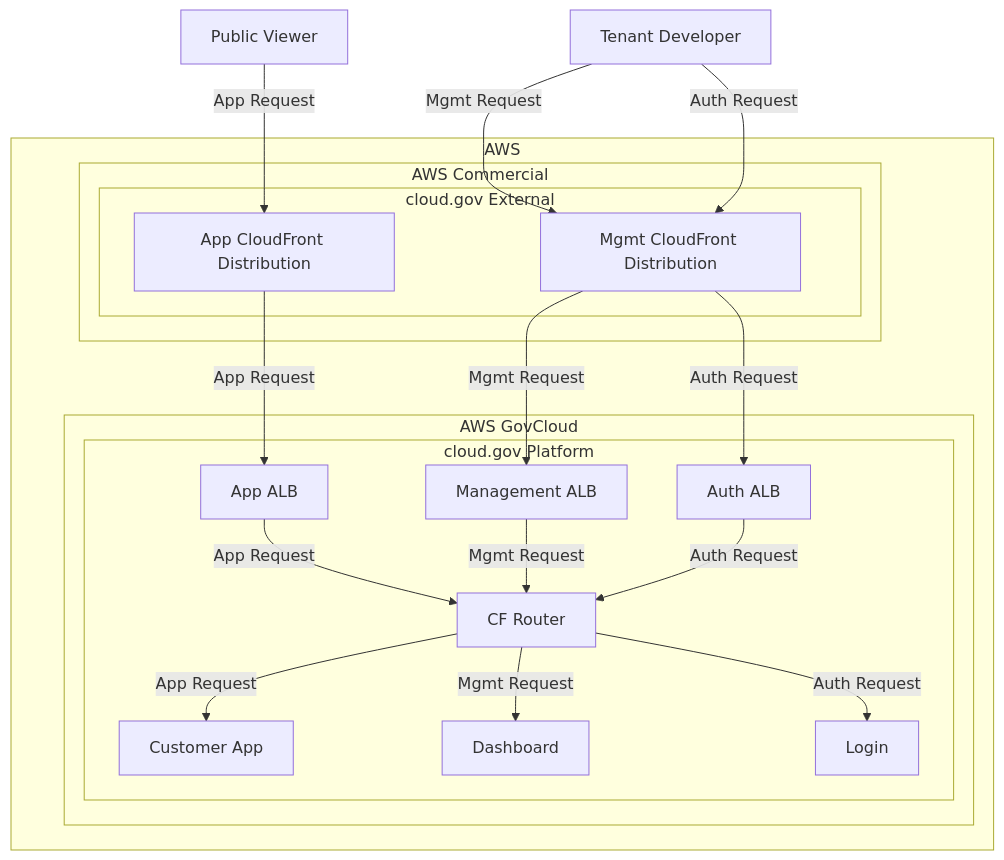
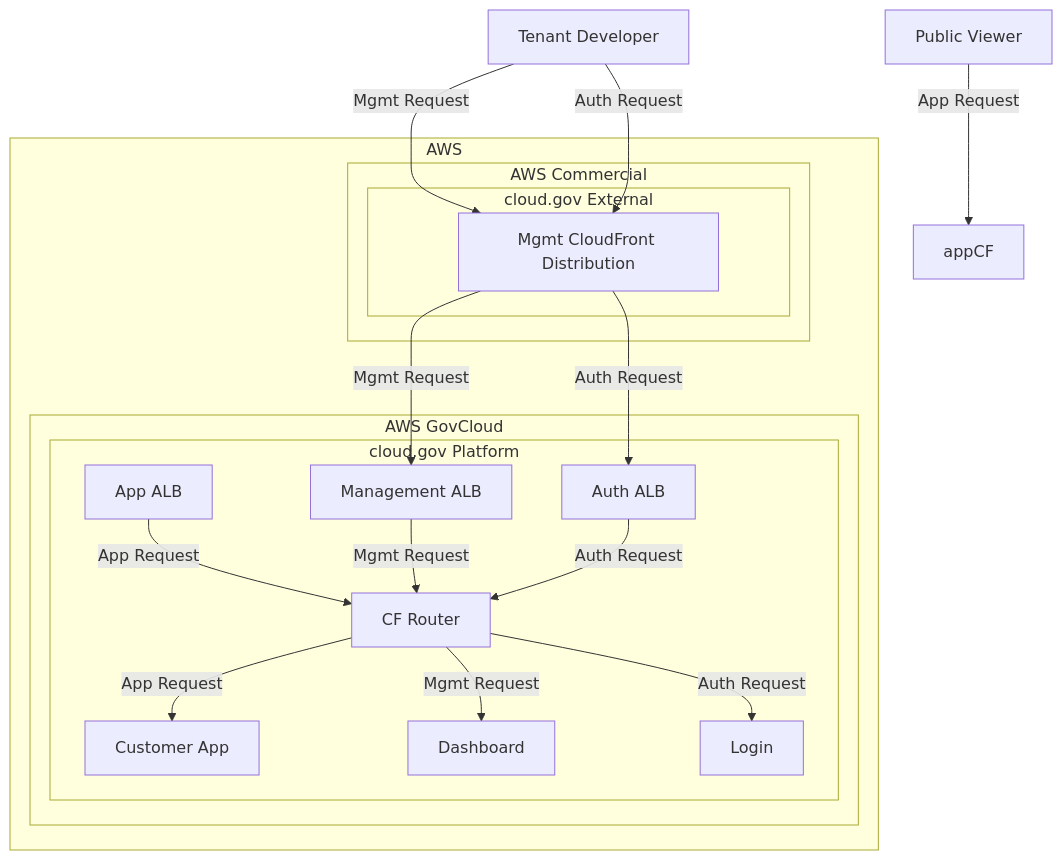
Before and after one commit to cloud-gov/product: the second of 5 diagrams in adr/ADR-0009-shield-advanced.md, drawn with Mermaid. The commit also changed other lines of this file, not shown here.

````diff
--- a/adr/ADR-0009-shield-advanced.md
+++ b/adr/ADR-0009-shield-advanced.md
@@ -58,31 +60,29 @@
 ```mermaid
 graph TD
     public[Public Viewer] -->|App Request| appCF
     tenant[Tenant Developer] -->|Mgmt Request| mgmtCF
     tenant[Tenant Developer] -->|Auth Request| mgmtCF
 
     subgraph aws["AWS"]
         subgraph commercial["AWS Commercial"]
             subgraph external["cloud.gov External"]
-                appCF[App CloudFront Distribution]
                 mgmtCF[Mgmt CloudFront Distribution]
                 mgmtCF[Mgmt CloudFront Distribution]
             end
         end
         subgraph govcloud["AWS GovCloud"]
             subgraph platform["cloud.gov Platform"]
-                appCF -->|App Request| appALB
                 mgmtCF -->|Mgmt Request| mgmtALB
                 mgmtCF -->|Auth Request| authALB
 
                 appALB[App ALB] -->|App Request| router[CF Router]
                 mgmtALB[Management ALB] -->|Mgmt Request| router
                 authALB[Auth ALB] -->|Auth Request| router
 
                 router -->|App Request| app[Customer App]
                 router -->|Mgmt Request| dashboard[Dashboard]
                 router -->|Auth Request| login[Login]
             end
         end
     end
 ```
````
